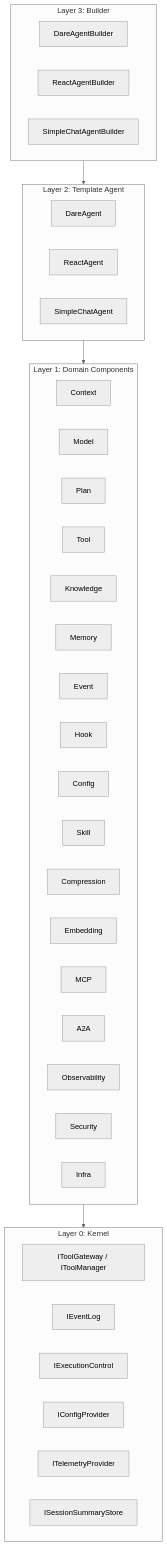
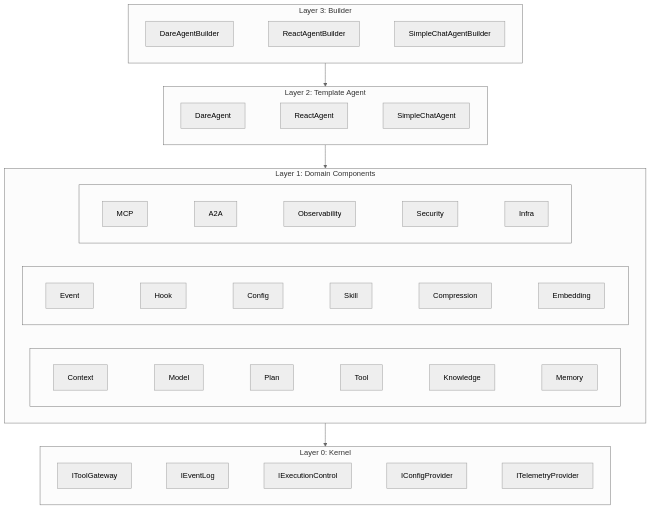
Before and after one commit to clowder-labs/Deterministic-Agent-Runtime-Engine: the first of 13 diagrams in docs/DARE_FRAMEWORK_DESIGN.md, drawn with Mermaid (neutral theme). The commit also changed other lines of this file, not shown here.

````diff
--- a/docs/DARE_FRAMEWORK_DESIGN.md
+++ b/docs/DARE_FRAMEWORK_DESIGN.md
@@ -75,41 +75,35 @@
 ```mermaid
 flowchart TB
   subgraph L3["Layer 3: Builder"]
-    B1[DareAgentBuilder]
-    B2[ReactAgentBuilder]
-    B3[SimpleChatAgentBuilder]
+    direction LR
+    B1[DareAgentBuilder] ~~~ B2[ReactAgentBuilder] ~~~ B3[SimpleChatAgentBuilder]
   end
+
   subgraph L2["Layer 2: Template Agent"]
-    A1[DareAgent]
-    A2[ReactAgent]
-    A3[SimpleChatAgent]
+    direction LR
+    A1[DareAgent] ~~~ A2[ReactAgent] ~~~ A3[SimpleChatAgent]
   end
+
   subgraph L1["Layer 1: Domain Components"]
-    M1[Context]
-    M2[Model]
-    M3[Plan]
-    M4[Tool]
-    M5[Knowledge]
-    M6[Memory]
-    M7[Event]
-    M8[Hook]
-    M9[Config]
-    M10[Skill]
-    M11[Compression]
-    M12[Embedding]
-    M13[MCP]
-    M14[A2A]
-    M15[Observability]
-    M16[Security]
-    M17[Infra]
+    direction LR
+    subgraph L1a[" "]
+      direction LR
+      M1[Context] ~~~ M2[Model] ~~~ M3[Plan] ~~~ M4[Tool] ~~~ M5[Knowledge] ~~~ M6[Memory]
+    end
+    subgraph L1b[" "]
+      direction LR
+      M7[Event] ~~~ M8[Hook] ~~~ M9[Config] ~~~ M10[Skill] ~~~ M11[Compression] ~~~ M12[Embedding]
+    end
+    subgraph L1c[" "]
+      direction LR
+      M13[MCP] ~~~ M14[A2A] ~~~ M15[Observability] ~~~ M16[Security] ~~~ M17[Infra]
+    end
   end
+
   subgraph L0["Layer 0: Kernel"]
-    K1["IToolGateway / IToolManager"]
-    K2[IEventLog]
-    K3[IExecutionControl]
-    K4[IConfigProvider]
-    K5[ITelemetryProvider]
-    K6[ISessionSummaryStore]
+    direction LR
+    K1["IToolGateway"] ~~~ K2[IEventLog] ~~~ K3[IExecutionControl] ~~~ K4[IConfigProvider] ~~~ K5[ITelemetryProvider]
   end
+
   L3 --> L2 --> L1 --> L0
 ```
````
